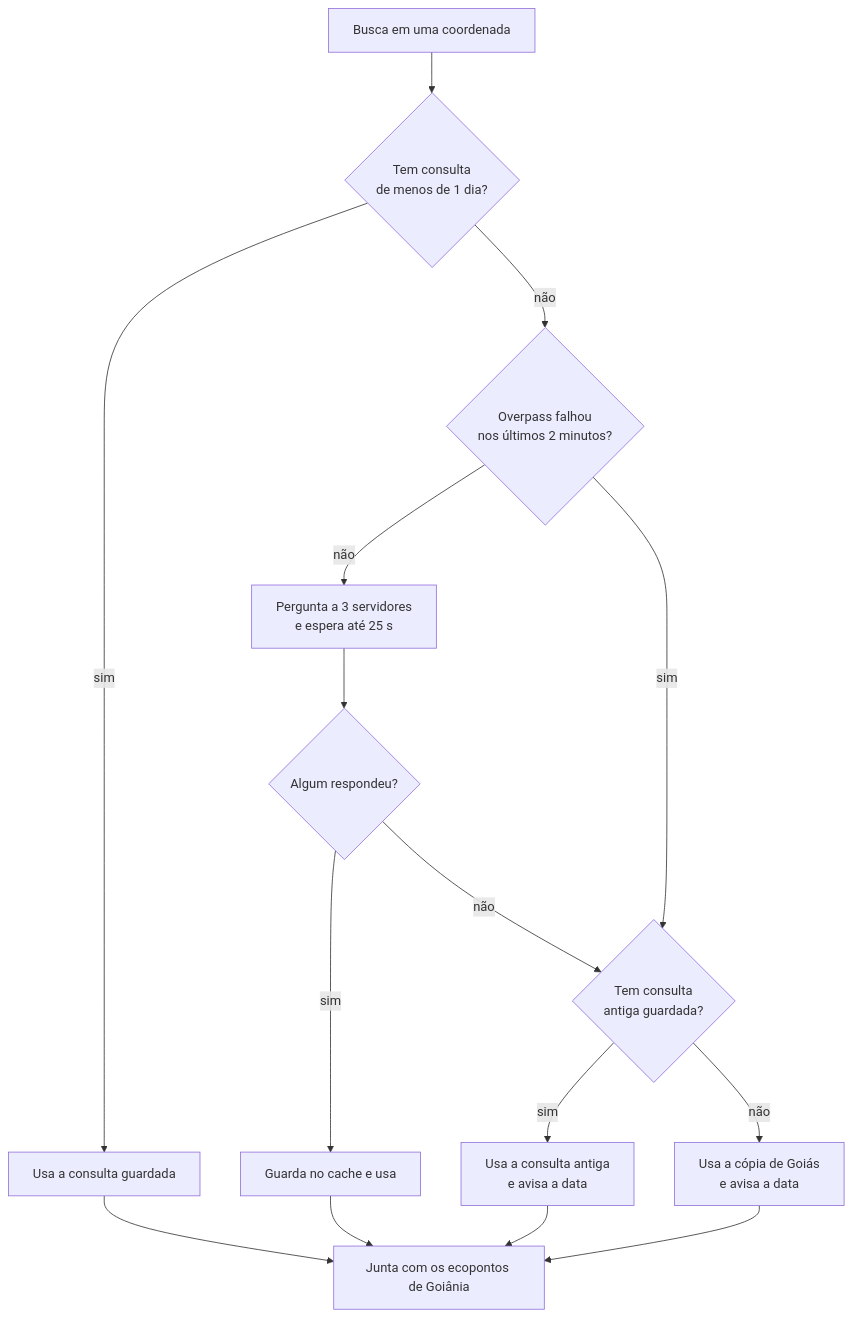
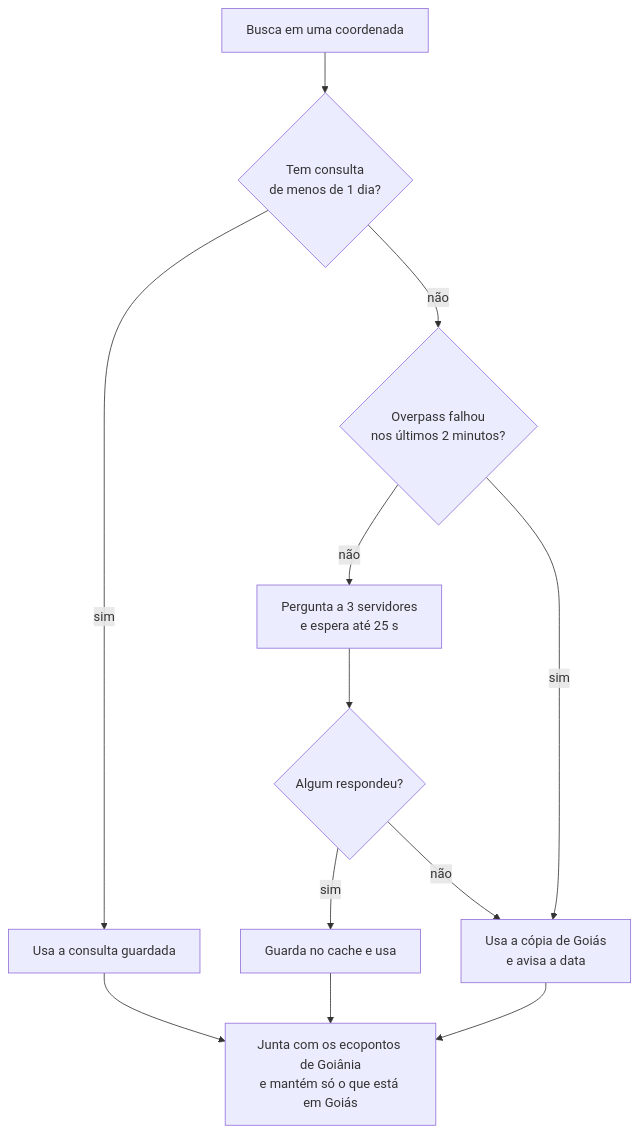
The third of 4 diagrams in docs/DIAGRAMAS.md (GustasSilva/residuogo), drawn with Mermaid before and after one commit. The commit also changed other lines of this file and 36 other files, not shown here.

````diff
--- a/docs/DIAGRAMAS.md
+++ b/docs/DIAGRAMAS.md
@@ -66,17 +70,14 @@
 ```mermaid
 flowchart TD
     inicio["Busca em uma coordenada"] --> cache{"Tem consulta<br/>de menos de 1 dia?"}
     cache -- sim --> usar["Usa a consulta guardada"]
     cache -- não --> falhou{"Overpass falhou<br/>nos últimos 2 minutos?"}
     falhou -- não --> perguntar["Pergunta a 3 servidores<br/>e espera até 25 s"]
     perguntar --> respondeu{"Algum respondeu?"}
     respondeu -- sim --> guardar["Guarda no cache e usa"]
-    respondeu -- não --> antiga{"Tem consulta<br/>antiga guardada?"}
-    falhou -- sim --> antiga
-    antiga -- sim --> aviso1["Usa a consulta antiga<br/>e avisa a data"]
-    antiga -- não --> copia["Usa a cópia de Goiás<br/>e avisa a data"]
-    usar --> final["Junta com os ecopontos de Goiânia"]
+    respondeu -- não --> copia["Usa a cópia de Goiás<br/>e avisa a data"]
+    falhou -- sim --> copia
+    usar --> final["Junta com os ecopontos de Goiânia<br/>e mantém só o que está em Goiás"]
     guardar --> final
-    aviso1 --> final
     copia --> final
 ```
````
